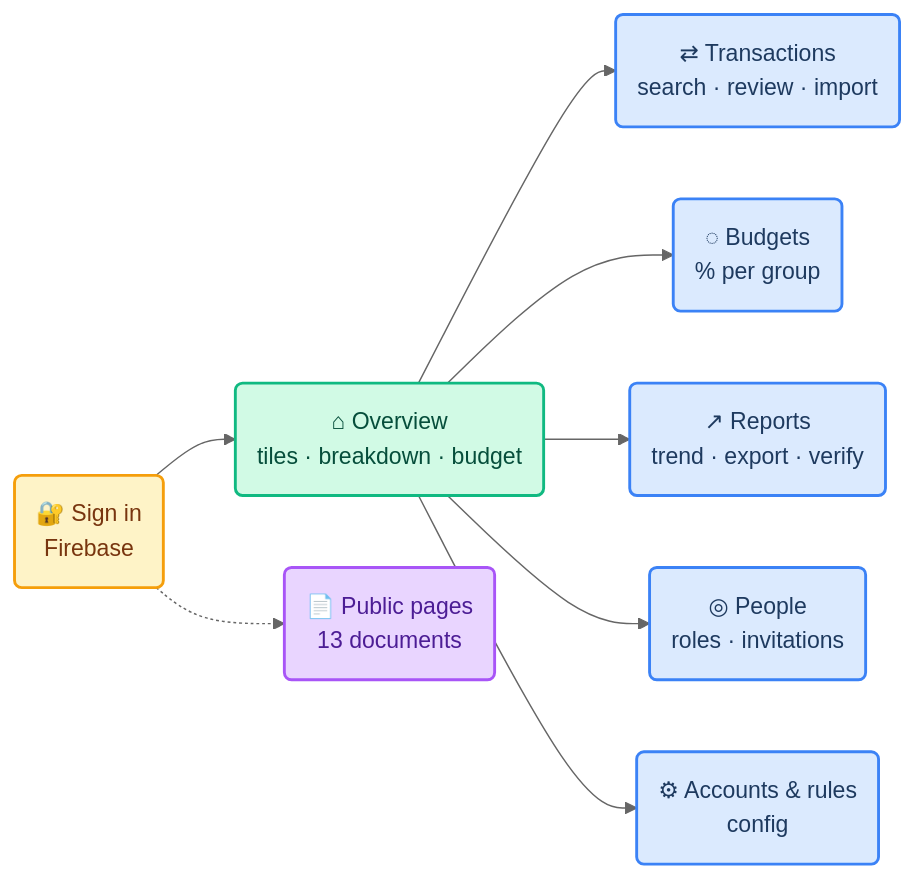
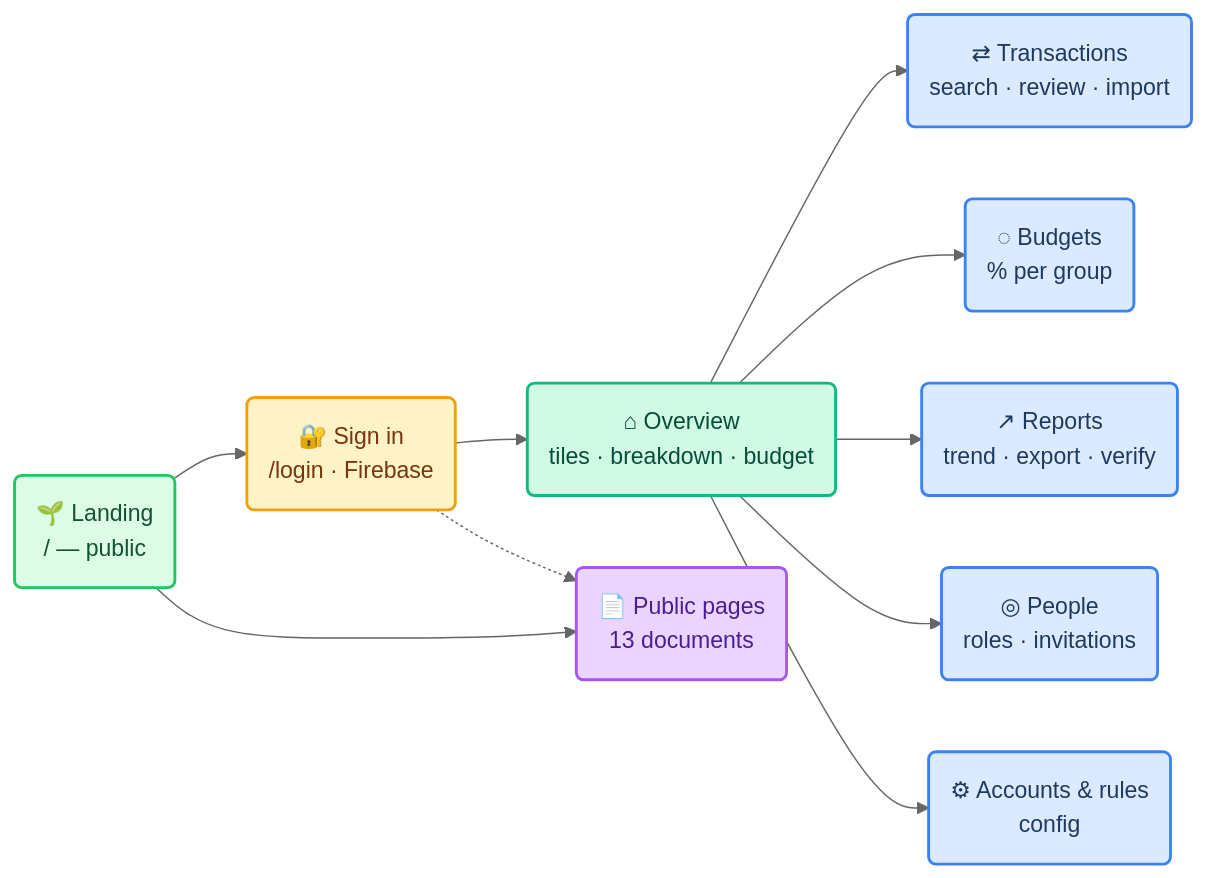
One commit to EasyLance/paisa changed the diagram in docs/design.md. Above: the diagram before and after it, drawn with Mermaid (neutral theme). The commit also changed other lines of this file and 16 other files, not shown here.

````diff
--- a/docs/design.md
+++ b/docs/design.md
@@ -93,29 +95,34 @@
 ```mermaid
 flowchart LR
-    A("🔐 Sign in<br/>Firebase")
+    L("🌱 Landing<br/>/ — public")
+    A("🔐 Sign in<br/>/login · Firebase")
     O("⌂ Overview<br/>tiles · breakdown · budget")
     T("⇄ Transactions<br/>search · review · import")
     B("◌ Budgets<br/>% per group")
     R("↗ Reports<br/>trend · export · verify")
     P("◎ People<br/>roles · invitations")
     S("⚙ Accounts & rules<br/>config")
     I("📄 Public pages<br/>13 documents")
 
+    L --> A
     A --> O
     O --> T
     O --> B
     O --> R
     O --> P
     O --> S
+    L --> I
     A -.-> I
 
+    classDef land fill:#dcfce7,stroke:#22c55e,stroke-width:2px,color:#14532d
     classDef auth fill:#fef3c7,stroke:#f59e0b,stroke-width:2px,color:#78350f
     classDef main fill:#d1fae5,stroke:#10b981,stroke-width:2px,color:#064e3b
     classDef sub  fill:#dbeafe,stroke:#3b82f6,stroke-width:2px,color:#1e3a5f
     classDef pub  fill:#e9d5ff,stroke:#a855f7,stroke-width:2px,color:#4c1d95
 
+    class L land
     class A auth
     class O main
     class T,B,R,P,S sub
     class I pub
 ```
````
